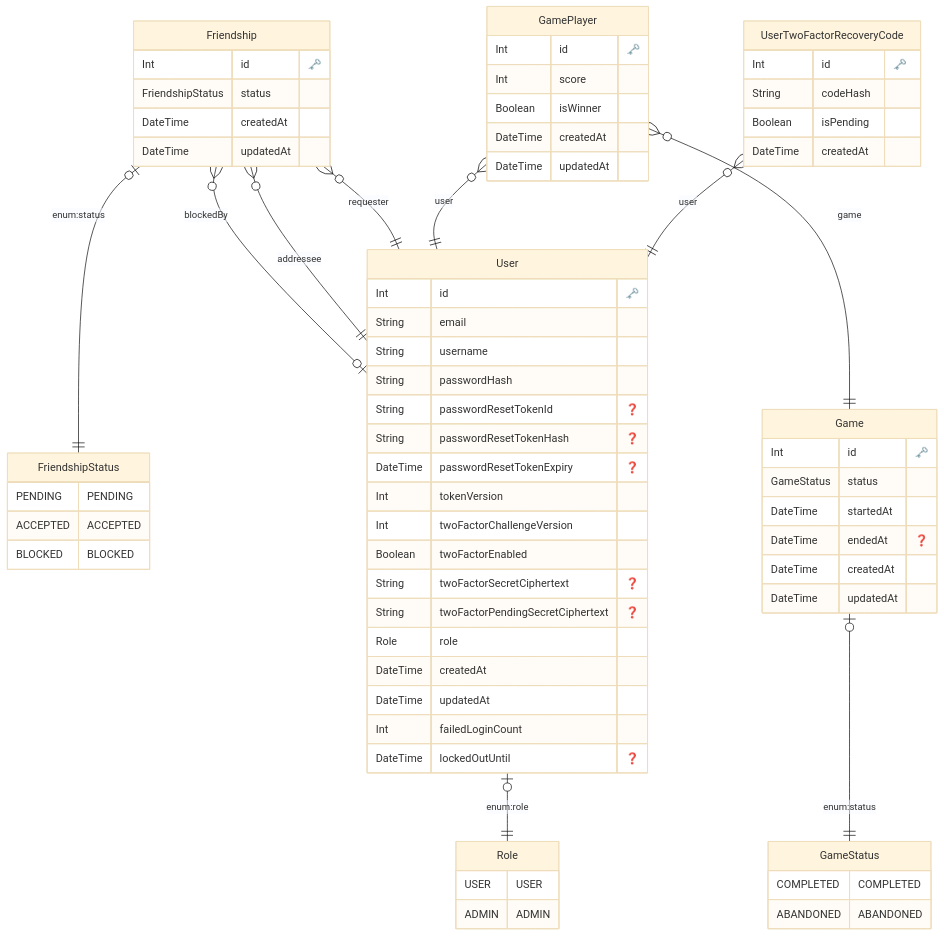
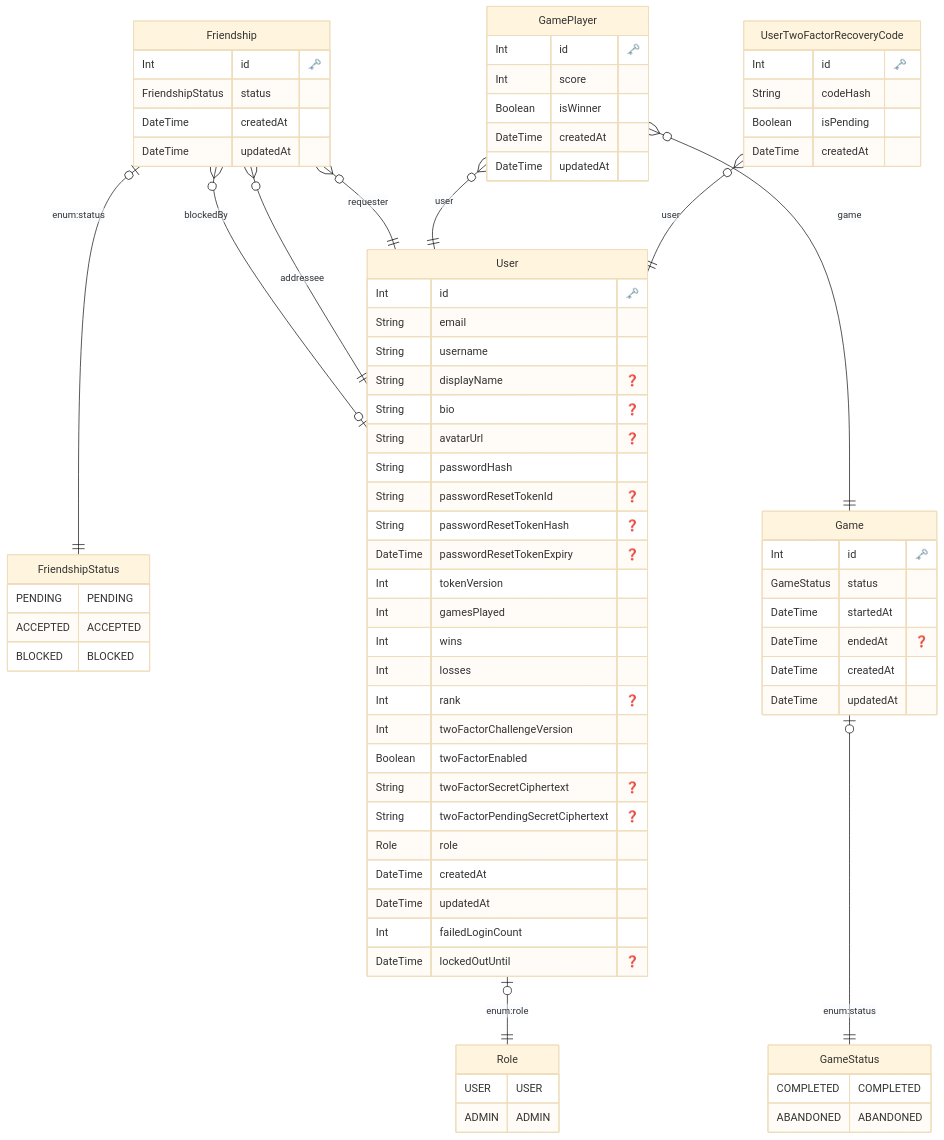
The diagram in docs/ERD.md (Trackscendence/trackscendence), drawn with Mermaid (base theme) before and after one commit. The commit also changed 30 other files, not shown here.

```diff
--- a/docs/ERD.md
+++ b/docs/ERD.md
@@ -25,11 +25,18 @@
     Int id "🗝️"
     String email
     String username
+    String displayName "❓"
+    String bio "❓"
+    String avatarUrl "❓"
     String passwordHash
     String passwordResetTokenId "❓"
     String passwordResetTokenHash "❓"
     DateTime passwordResetTokenExpiry "❓"
     Int tokenVersion
+    Int gamesPlayed
+    Int wins
+    Int losses
+    Int rank "❓"
     Int twoFactorChallengeVersion
     Boolean twoFactorEnabled
     String twoFactorSecretCiphertext "❓"
```
